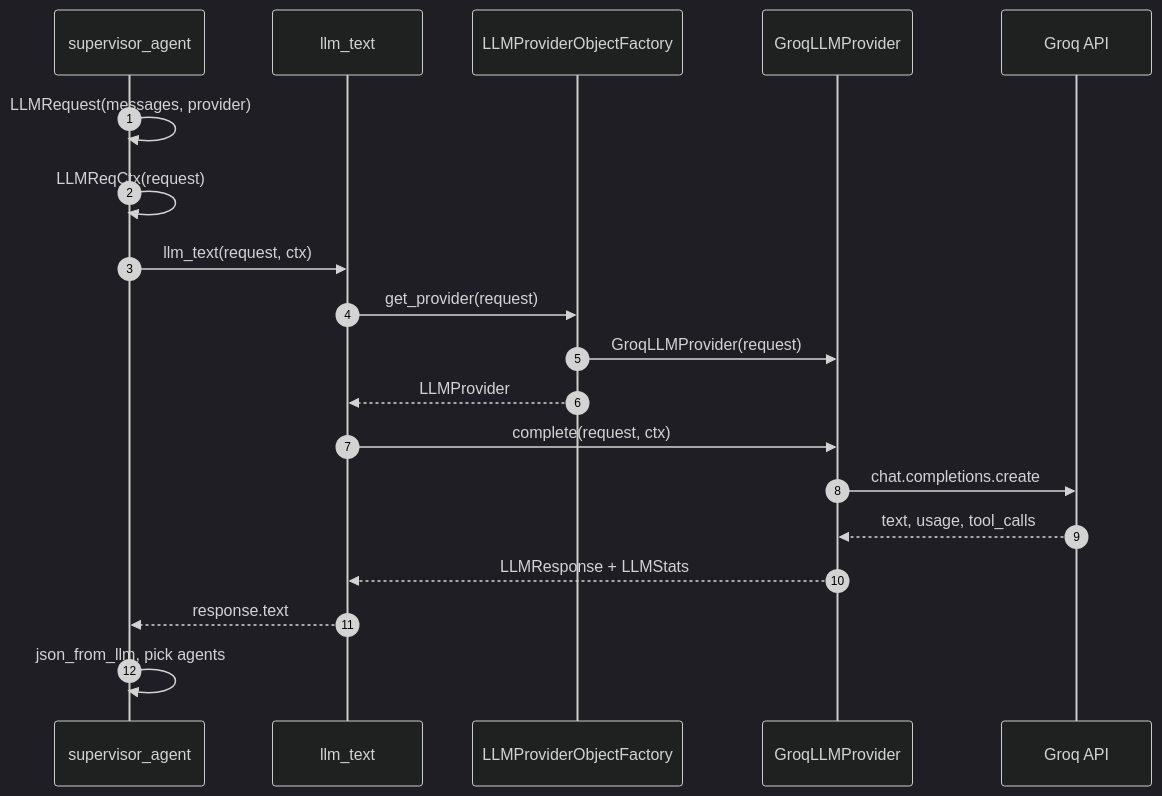
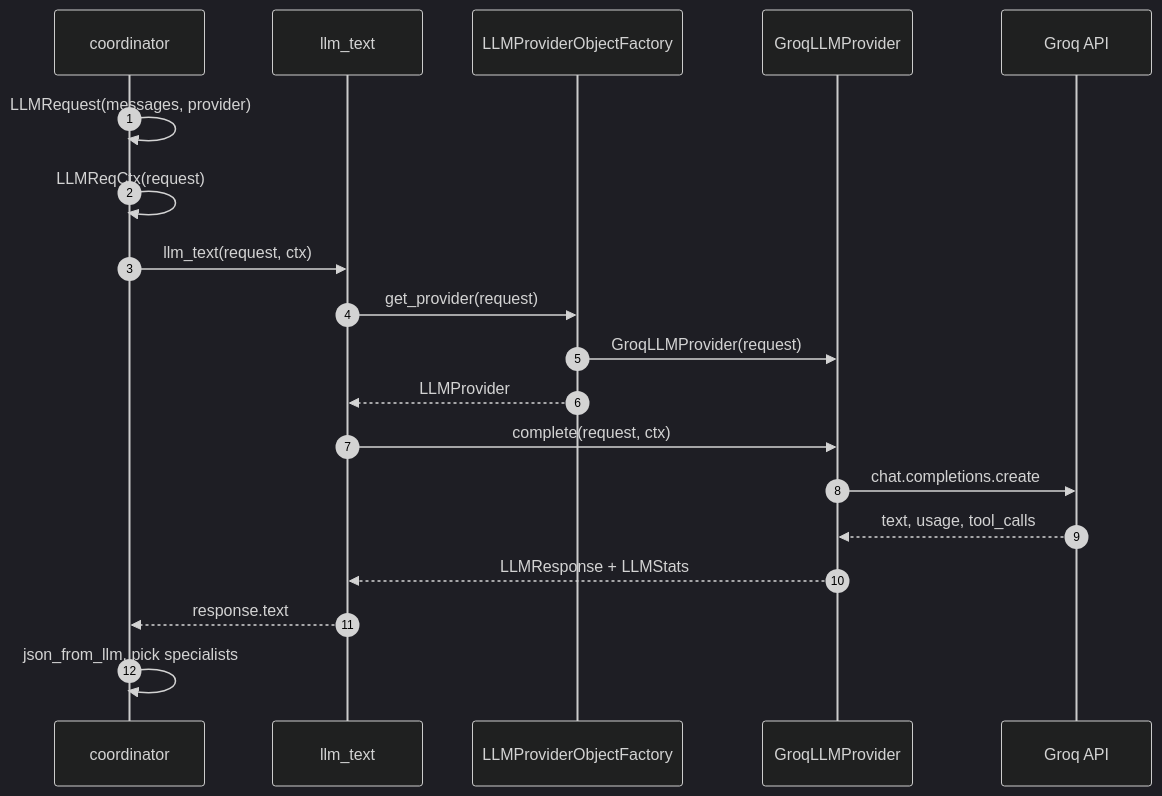
Before and after one commit to javakishore-veleti/TripMate: the third of 3 diagrams in Docs/Design/TravelReqAgentImpl.md, drawn with Mermaid (dark theme). The commit also changed other lines of this file and 260 other files, not shown here.

````diff
--- a/Docs/Design/TravelReqAgentImpl.md
+++ b/Docs/Design/TravelReqAgentImpl.md
@@ -67,22 +70,22 @@
 ```mermaid
 sequenceDiagram
     autonumber
-    participant Super as supervisor_agent
+    participant Coord as coordinator
     participant Util as llm_text
     participant Factory as LLMProviderObjectFactory
     participant Groq as GroqLLMProvider
     participant API as Groq API
 
-    Super->>Super: LLMRequest(messages, provider)
-    Super->>Super: LLMReqCtx(request)
-    Super->>Util: llm_text(request, ctx)
+    Coord->>Coord: LLMRequest(messages, provider)
+    Coord->>Coord: LLMReqCtx(request)
+    Coord->>Util: llm_text(request, ctx)
     Util->>Factory: get_provider(request)
     Factory->>Groq: GroqLLMProvider(request)
     Factory-->>Util: LLMProvider
     Util->>Groq: complete(request, ctx)
     Groq->>API: chat.completions.create
     API-->>Groq: text, usage, tool_calls
     Groq-->>Util: LLMResponse + LLMStats
-    Util-->>Super: response.text
-    Super->>Super: json_from_llm, pick agents
+    Util-->>Coord: response.text
+    Coord->>Coord: json_from_llm, pick specialists
 ```
````
